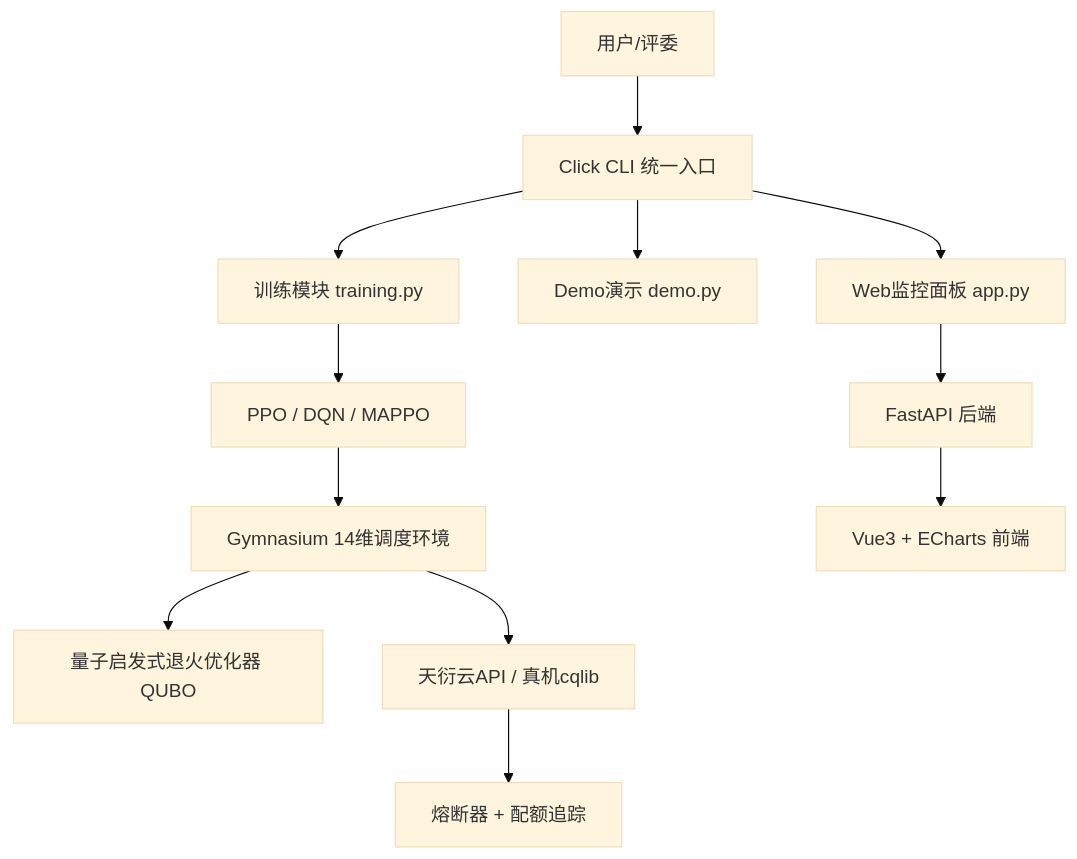
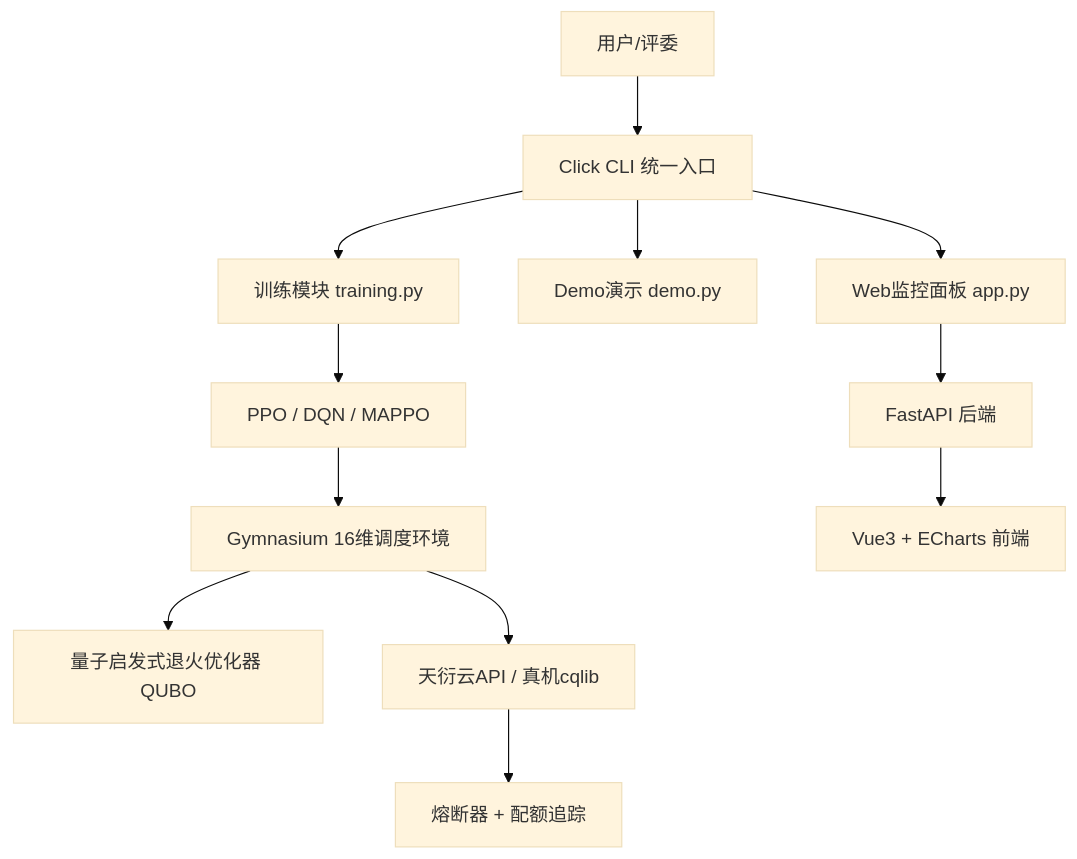
Before and after one commit to xiabai2008/quantum-rl-scheduler: the diagram in README.md, drawn with Mermaid (base theme). The commit also changed other lines of this file and 9 other files, not shown here.

````diff
--- a/README.md
+++ b/README.md
@@ -53,14 +53,14 @@
 ```mermaid
 graph TB
     User[用户/评委] --> CLI[Click CLI 统一入口]
     CLI --> Train[训练模块 training.py]
     CLI --> Demo[Demo演示 demo.py]
     CLI --> Serve[Web监控面板 app.py]
     Train --> PPO[PPO / DQN / MAPPO]
-    PPO --> Env[Gymnasium 14维调度环境]
+    PPO --> Env[Gymnasium 16维调度环境]
     Env --> Annealing[量子启发式退火优化器 QUBO]
     Env --> Tianyan[天衍云API / 真机cqlib]
     Serve --> FastAPI[FastAPI 后端]
     FastAPI --> Vue[Vue3 + ECharts 前端]
     Tianyan --> CircuitBreaker[熔断器 + 配额追踪]
 ```
````
